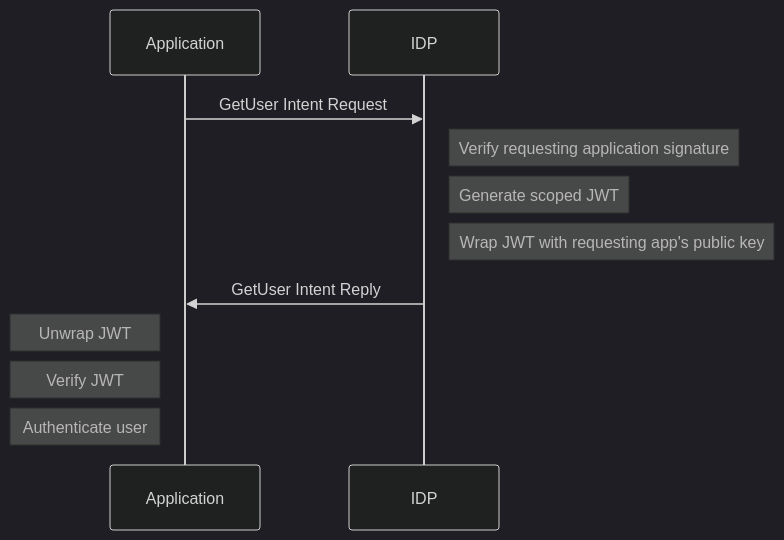
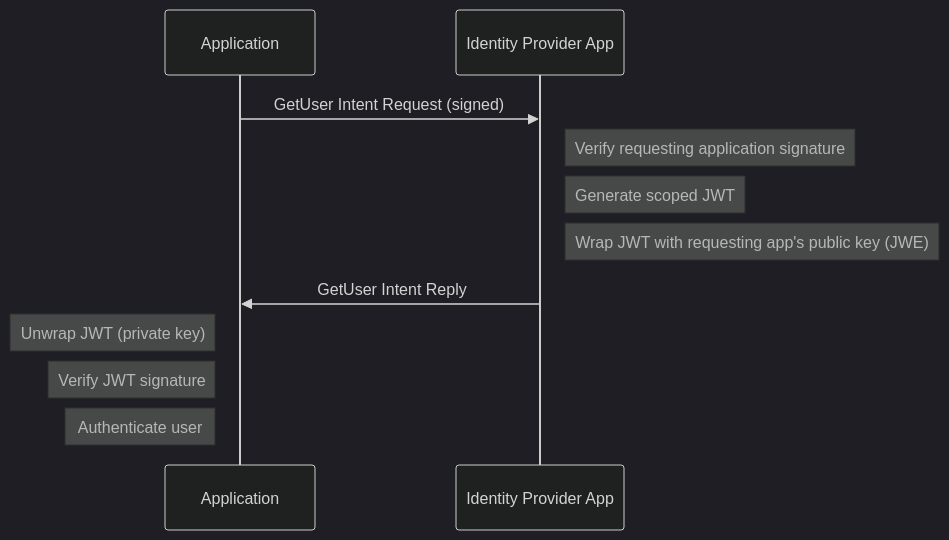
The fifth of 5 diagrams in website/docs/api/security.md (finos/FDC3), drawn with Mermaid (dark theme) before and after one commit. The commit also changed other lines of this file and 3 other files, not shown here.

````diff
--- a/website/docs/api/security.md
+++ b/website/docs/api/security.md
@@ -549,13 +578,13 @@
 ```mermaid
 sequenceDiagram
     participant Application
-    participant IDP
-    Application->>IDP: GetUser Intent Request
-    note right of IDP: Verify requesting application signature
-    note right of IDP: Generate scoped JWT
-    note right of IDP: Wrap JWT with requesting app's public key
-    IDP->>Application: GetUser Intent Reply
-    note left of Application: Unwrap JWT
-    note left of Application: Verify JWT
+    participant IdentityProviderApp as Identity Provider App
+    Application->>IdentityProviderApp: GetUser Intent Request (signed)
+    note right of IdentityProviderApp: Verify requesting application signature
+    note right of IdentityProviderApp: Generate scoped JWT
+    note right of IdentityProviderApp: Wrap JWT with requesting app's public key (JWE)
+    IdentityProviderApp->>Application: GetUser Intent Reply
+    note left of Application: Unwrap JWT (private key)
+    note left of Application: Verify JWT signature
     note left of Application: Authenticate user
 ```
````
